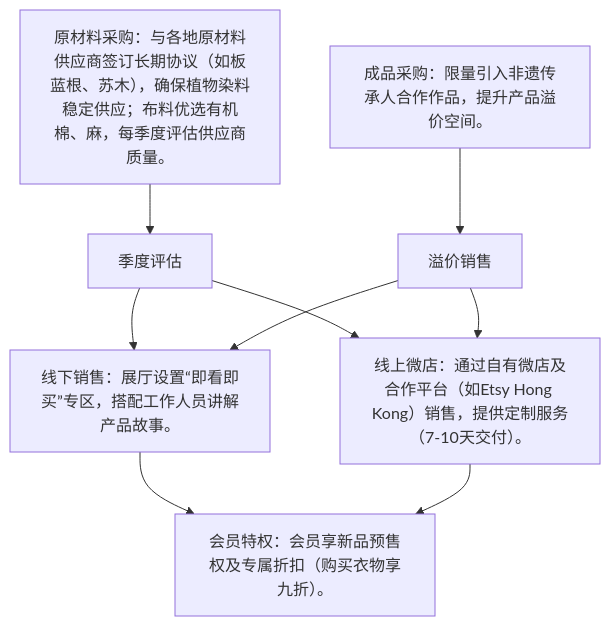
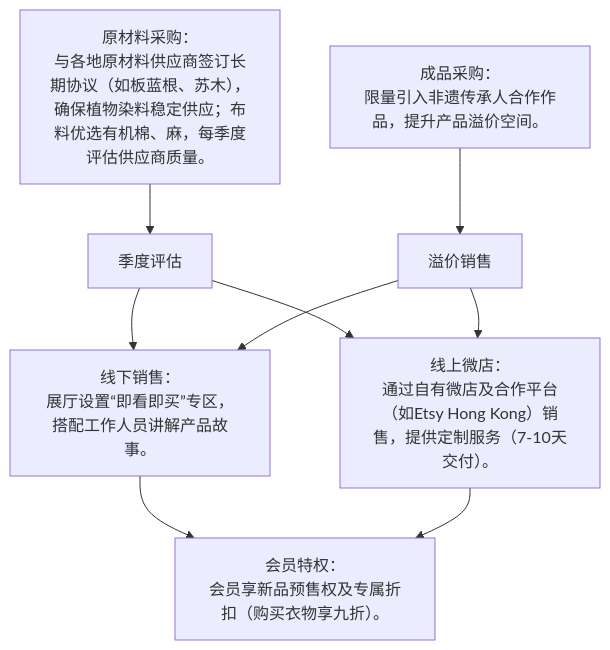
The third of 9 diagrams in README.md (NaturalRice/git-demo), drawn with Mermaid before and after one commit. The commit also changed other lines of this file, not shown here.

````diff
--- a/README.md
+++ b/README.md
@@ -29,11 +29,16 @@
 ```mermaid
 flowchart TD
-    A[原材料采购：与各地原材料供应商签订长期协议（如板蓝根、苏木），确保植物染料稳定供应；布料优选有机棉、麻，每季度评估供应商质量。] --> B[季度评估]
-    C[成品采购：限量引入非遗传承人合作作品，提升产品溢价空间。] --> D[溢价销售]
-    B --> E[线下销售：展厅设置“即看即买”专区，搭配工作人员讲解产品故事。]
-    B --> F[线上微店：通过自有微店及合作平台（如Etsy Hong Kong）销售，提供定制服务（7-10天交付）。]
+    A[原材料采购：
+与各地原材料供应商签订长期协议（如板蓝根、苏木），确保植物染料稳定供应；布料优选有机棉、麻，每季度评估供应商质量。] --> B[季度评估]
+    C[成品采购：
+限量引入非遗传承人合作作品，提升产品溢价空间。] --> D[溢价销售]
+    B --> E[线下销售：
+展厅设置“即看即买”专区，搭配工作人员讲解产品故事。]
+    B --> F[线上微店：
+通过自有微店及合作平台（如Etsy Hong Kong）销售，提供定制服务（7-10天交付）。]
     D --> E
     D --> F
-    E --> G[会员特权：会员享新品预售权及专属折扣（购买衣物享九折）。]
+    E --> G[会员特权：
+会员享新品预售权及专属折扣（购买衣物享九折）。]
     F --> G
 ```
````
